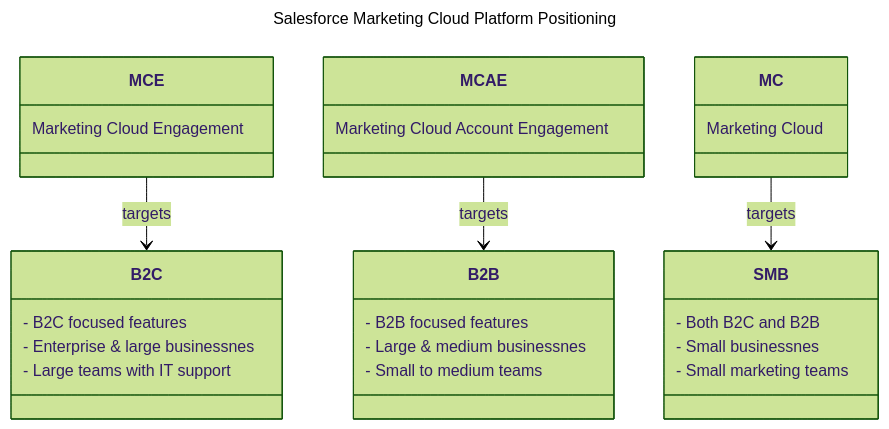
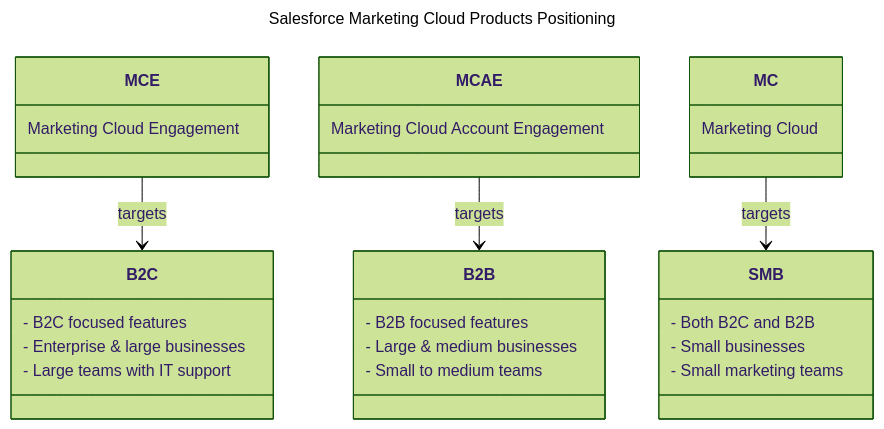
The diagram in sites/faq/salesforce/what-is-the-difference-between-sf-marketing-clouds.mdx (MateuszDabrowski/mateuszdabrowski.pl), drawn with Mermaid (forest theme) before and after one commit. The commit also changed other lines of this file and 3 other files, not shown here.

````diff
--- a/sites/faq/salesforce/what-is-the-difference-between-sf-marketing-clouds.mdx
+++ b/sites/faq/salesforce/what-is-the-difference-between-sf-marketing-clouds.mdx
@@ -45,39 +58,39 @@
 ```mermaid
 ---
-title: Salesforce Marketing Cloud Platform Positioning
+title: Salesforce Marketing Cloud Products Positioning
 ---
 classDiagram
 
     %% Platform Classes
     class MCE {
       Marketing Cloud Engagement
     }
     class MCAE {
       Marketing Cloud Account Engagement
     }
     class MC {
       Marketing Cloud
     }
 
     %% Target Audience Classes
     class B2C {
       - B2C focused features
-      - Enterprise & large businessnes
+      - Enterprise & large businesses
       - Large teams with IT support
     }
     class B2B {
       - B2B focused features
-      - Large & medium businessnes
+      - Large & medium businesses
       - Small to medium teams
     }
     class SMB {
       - Both B2C and B2B
-      - Small businessnes
+      - Small businesses
       - Small marketing teams
     }
 
     %% Define Relationships between Platforms and their Audiences
     MCE --> B2C : targets
     MCAE --> B2B : targets
     MC --> SMB : targets
 ```
````
